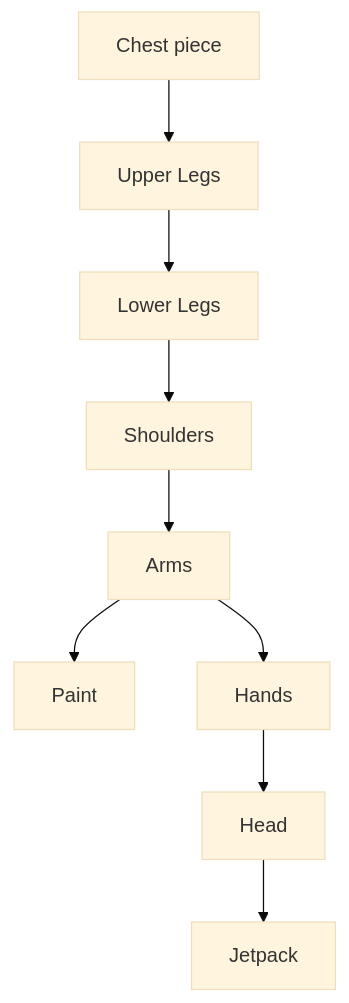
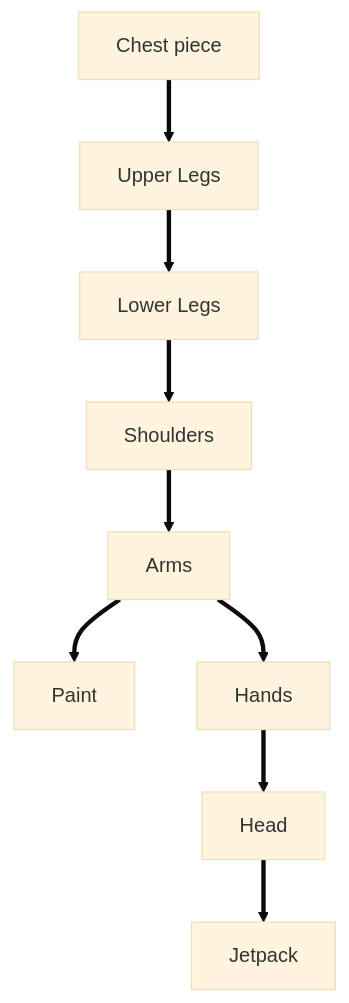
One commit to seeker316/seeker316.github.io changed the diagram in _posts/2022-11-09-test.md. Above: the diagram before and after it, drawn with Mermaid (base theme).

````diff
--- a/_posts/2022-11-09-test.md
+++ b/_posts/2022-11-09-test.md
@@ -50,12 +50,12 @@
 ```mermaid
 graph TD
-A[Chest piece] --> B[Upper Legs]
-B --> C[Lower Legs]
-C --> D[Shoulders]
-D --> E[Arms]
-E --> I[Paint]
-E --> F[Hands]
-F --> G[Head]
-G --> H[Jetpack]
+A[Chest piece] ==> B[Upper Legs]
+B ==> C[Lower Legs]
+C ==> D[Shoulders]
+D ==> E[Arms]
+E ==> I[Paint]
+E ==> F[Hands]
+F ==> G[Head]
+G ==> H[Jetpack]
 
 ```
````
